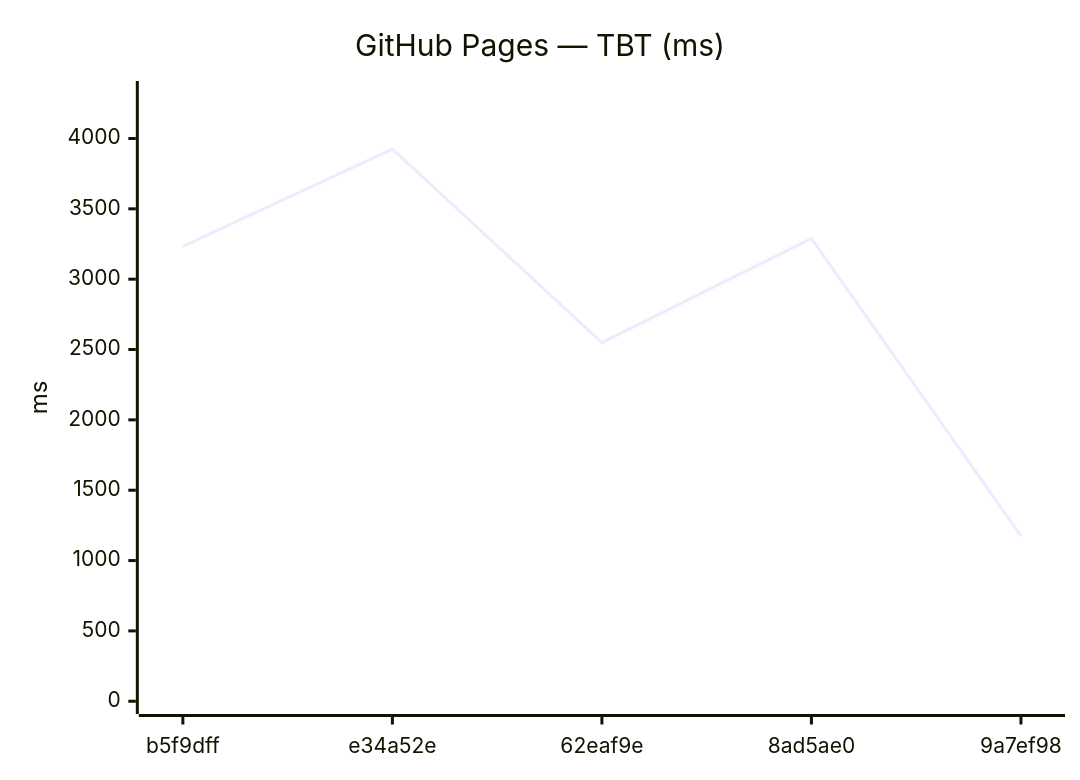
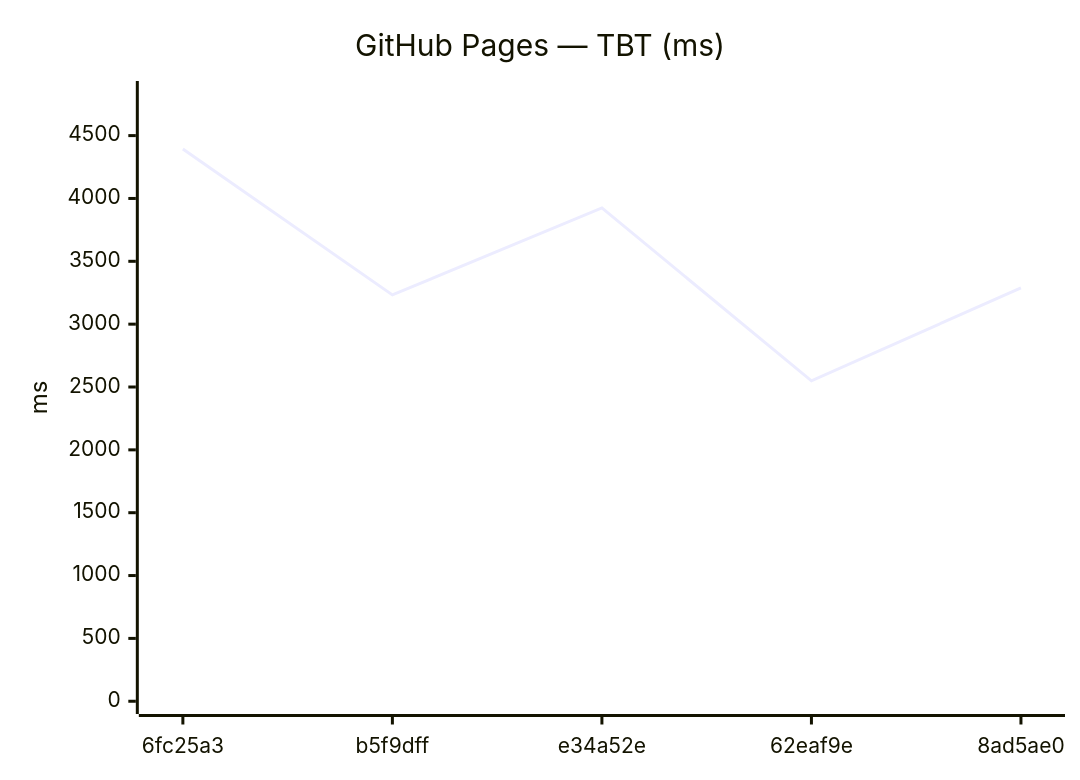
One commit to Metaheurist/Rianell changed the eighth of 12 diagrams in benchmarks/compare.md. Above: the diagram before and after it, drawn with Mermaid. The commit also changed other lines of this file and 8 other files, not shown here.

````diff
--- a/benchmarks/compare.md
+++ b/benchmarks/compare.md
@@ -114,7 +114,7 @@
 ```mermaid
 xychart-beta
     title "GitHub Pages — TBT (ms)"
-    x-axis ["b5f9dff", "e34a52e", "62eaf9e", "8ad5ae0", "9a7ef98"]
-    y-axis "ms" 0 --> 4318
-    line [3233, 3925, 2549, 3289, 1175]
+    x-axis ["6fc25a3", "b5f9dff", "e34a52e", "62eaf9e", "8ad5ae0"]
+    y-axis "ms" 0 --> 4833
+    line [4393, 3233, 3925, 2549, 3289]
 ```
````
